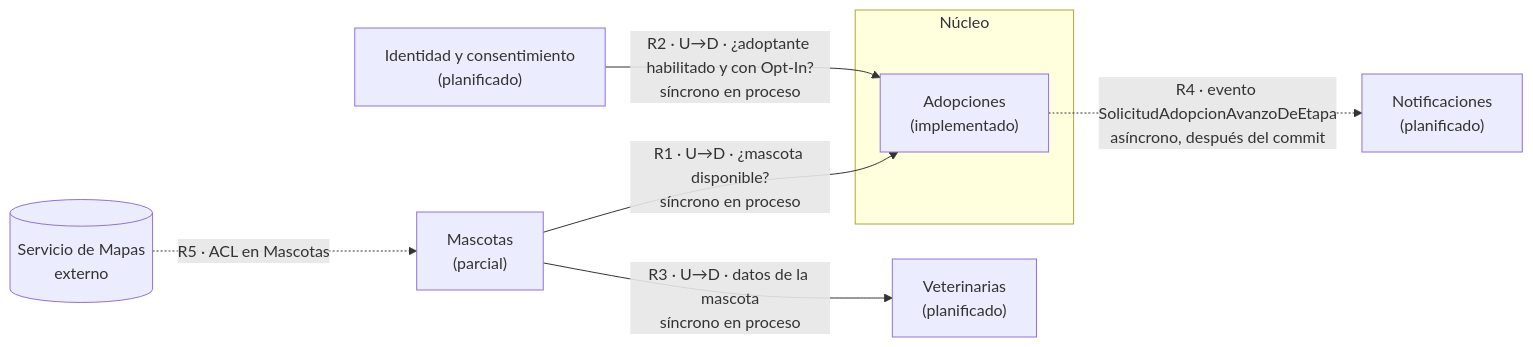
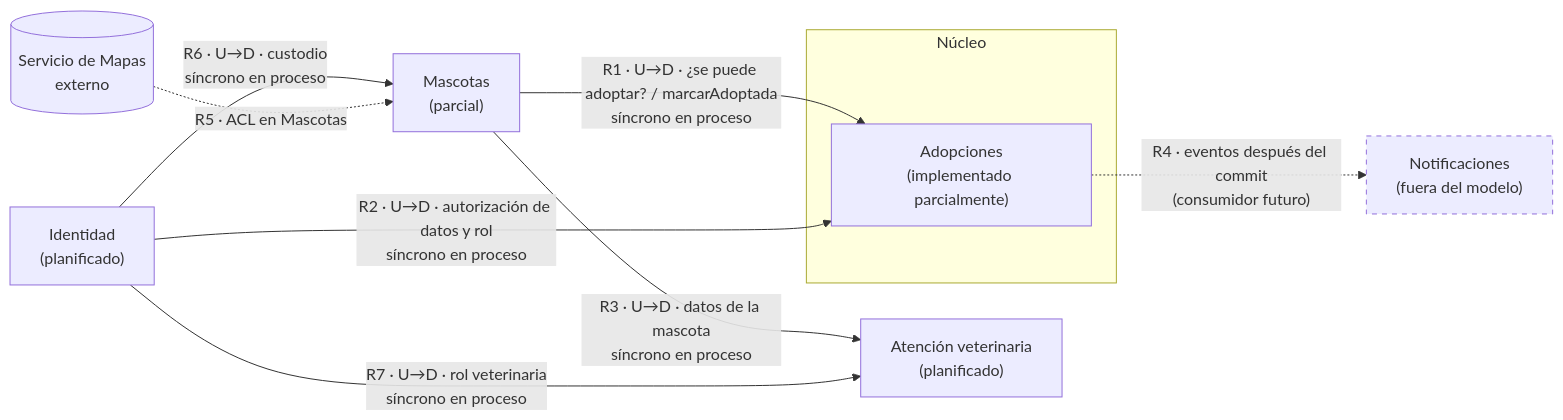
One commit to Charry21/PatitasUrbanas changed the diagram in docs/dominio/responsabilidades-contextos.md. Above: the diagram before and after it, drawn with Mermaid. The commit also changed other lines of this file and 12 other files, not shown here.

First line of the commit message:
Unificar el modelo del dominio en docs/dominio con 4 contextos basados en evidencia

````diff
--- a/docs/dominio/responsabilidades-contextos.md
+++ b/docs/dominio/responsabilidades-contextos.md
@@ -89,17 +94,21 @@
 ```mermaid
 flowchart LR
   subgraph CORE["Núcleo"]
-    ADO["Adopciones<br/>(implementado)"]
+    ADO["Adopciones<br/>(implementado parcialmente)"]
   end
   MAS["Mascotas<br/>(parcial)"]
-  VET["Veterinarias<br/>(planificado)"]
-  IDE["Identidad y consentimiento<br/>(planificado)"]
-  NOT["Notificaciones<br/>(planificado)"]
+  VET["Atención veterinaria<br/>(planificado)"]
+  IDE["Identidad<br/>(planificado)"]
+  NOT["Notificaciones<br/>(fuera del modelo)"]
   MAPS[("Servicio de Mapas<br/>externo")]
 
-  MAS -- "R1 · U→D · ¿mascota disponible?<br/>síncrono en proceso" --> ADO
-  IDE -- "R2 · U→D · ¿adoptante habilitado y con Opt-In?<br/>síncrono en proceso" --> ADO
+  MAS -- "R1 · U→D · ¿se puede adoptar? / marcarAdoptada<br/>síncrono en proceso" --> ADO
+  IDE -- "R2 · U→D · autorización de datos y rol<br/>síncrono en proceso" --> ADO
   MAS -- "R3 · U→D · datos de la mascota<br/>síncrono en proceso" --> VET
-  ADO -. "R4 · evento SolicitudAdopcionAvanzoDeEtapa<br/>asíncrono, después del commit" .-> NOT
+  IDE -- "R6 · U→D · custodio<br/>síncrono en proceso" --> MAS
+  IDE -- "R7 · U→D · rol veterinaria<br/>síncrono en proceso" --> VET
+  ADO -. "R4 · eventos después del commit<br/>(consumidor futuro)" .-> NOT
   MAPS -. "R5 · ACL en Mascotas" .-> MAS
+
+  style NOT stroke-dasharray: 5 5
 ```
````
